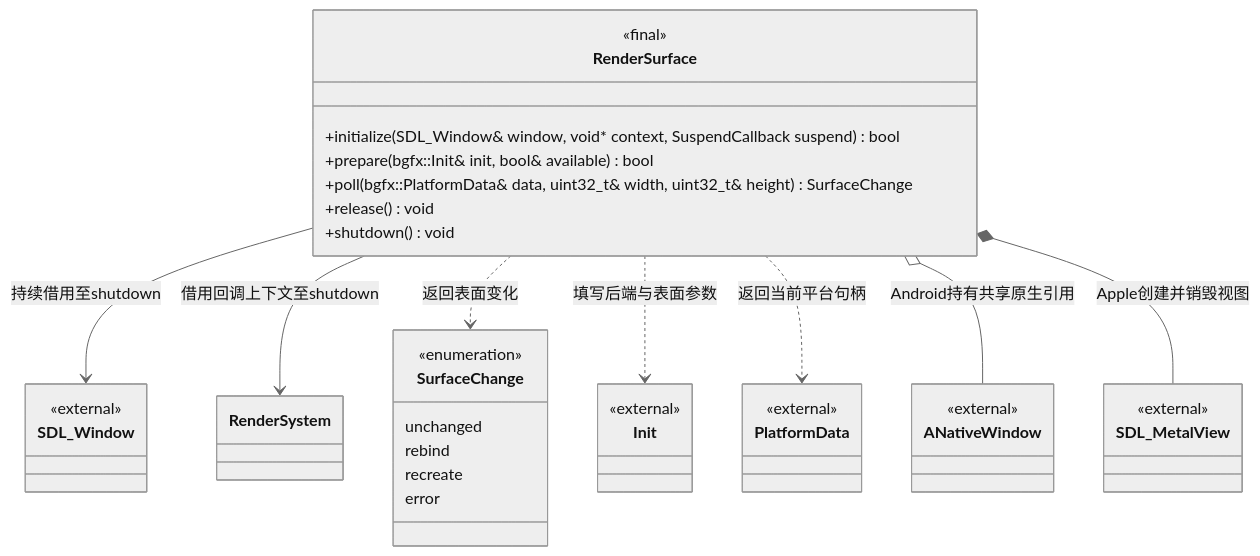
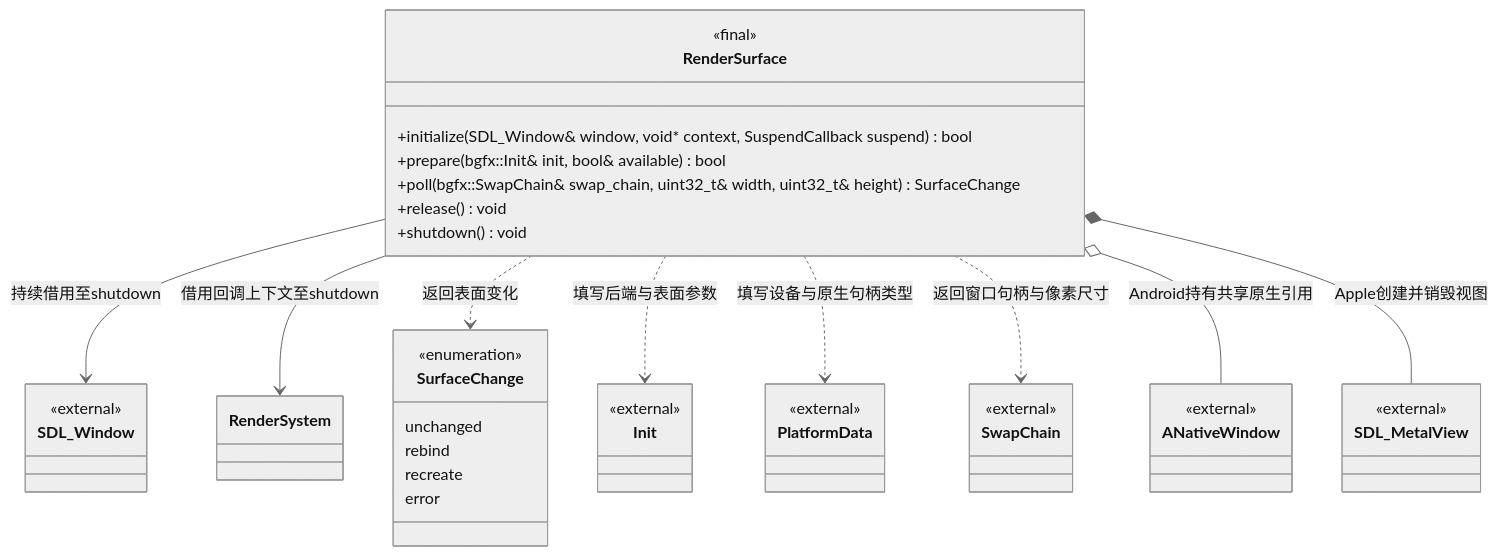
The third of 8 diagrams in docs/runtime/class-diagrams/render-system.md (lcals/Engine), drawn with Mermaid (neutral theme) before and after one commit. The commit also changed other lines of this file and 51 other files, not shown here.

````diff
--- a/docs/runtime/class-diagrams/render-system.md
+++ b/docs/runtime/class-diagrams/render-system.md
@@ -158,41 +158,45 @@
 ```mermaid
 classDiagram
     class RenderSurface {
         <<final>>
         +initialize(SDL_Window& window, void#42; context, SuspendCallback suspend) bool
         +prepare(bgfx::Init& init, bool& available) bool
-        +poll(bgfx::PlatformData& data, uint32_t& width, uint32_t& height) SurfaceChange
+        +poll(bgfx::SwapChain& swap_chain, uint32_t& width, uint32_t& height) SurfaceChange
         +release() void
         +shutdown() void
     }
     class SurfaceChange {
         <<enumeration>>
         unchanged
         rebind
         recreate
         error
     }
     class SDL_Window {
         <<external>>
     }
     class ANativeWindow {
         <<external>>
     }
     class SDL_MetalView {
         <<external>>
     }
     class RenderSystem
     class Init {
         <<external>>
     }
     class PlatformData {
         <<external>>
     }
+    class SwapChain {
+        <<external>>
+    }
     RenderSurface --> SDL_Window : 持续借用至shutdown
     RenderSurface --> RenderSystem : 借用回调上下文至shutdown
     RenderSurface ..> SurfaceChange : 返回表面变化
     RenderSurface ..> Init : 填写后端与表面参数
-    RenderSurface ..> PlatformData : 返回当前平台句柄
+    RenderSurface ..> PlatformData : 填写设备与原生句柄类型
+    RenderSurface ..> SwapChain : 返回窗口句柄与像素尺寸
     RenderSurface o-- ANativeWindow : Android持有共享原生引用
     RenderSurface *-- SDL_MetalView : Apple创建并销毁视图
 ```
````
